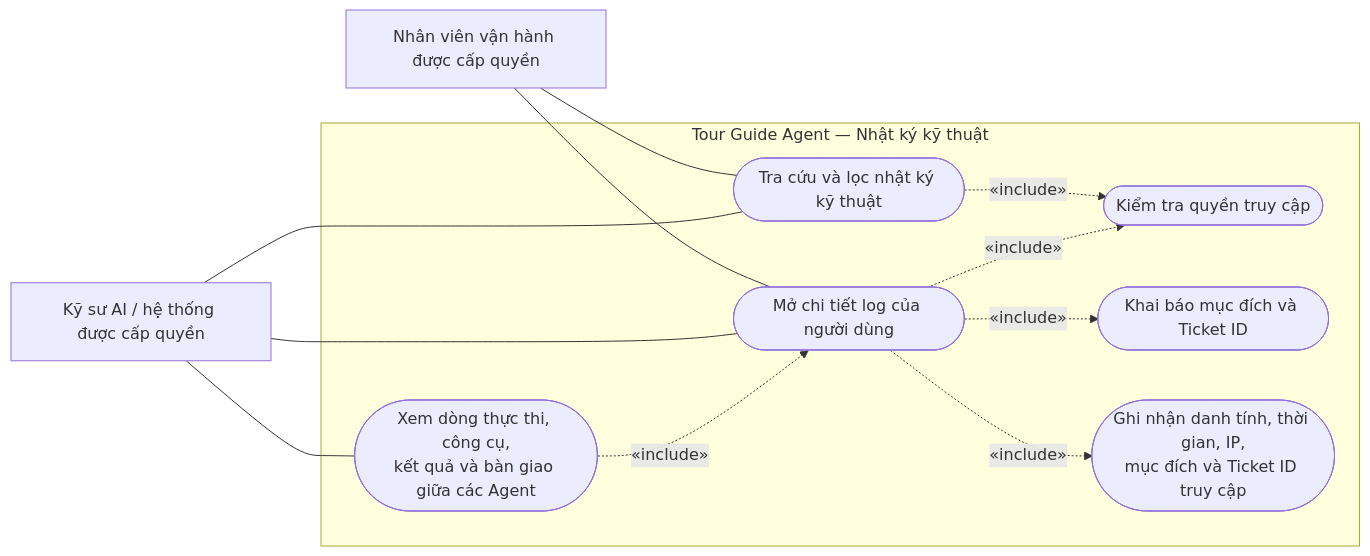
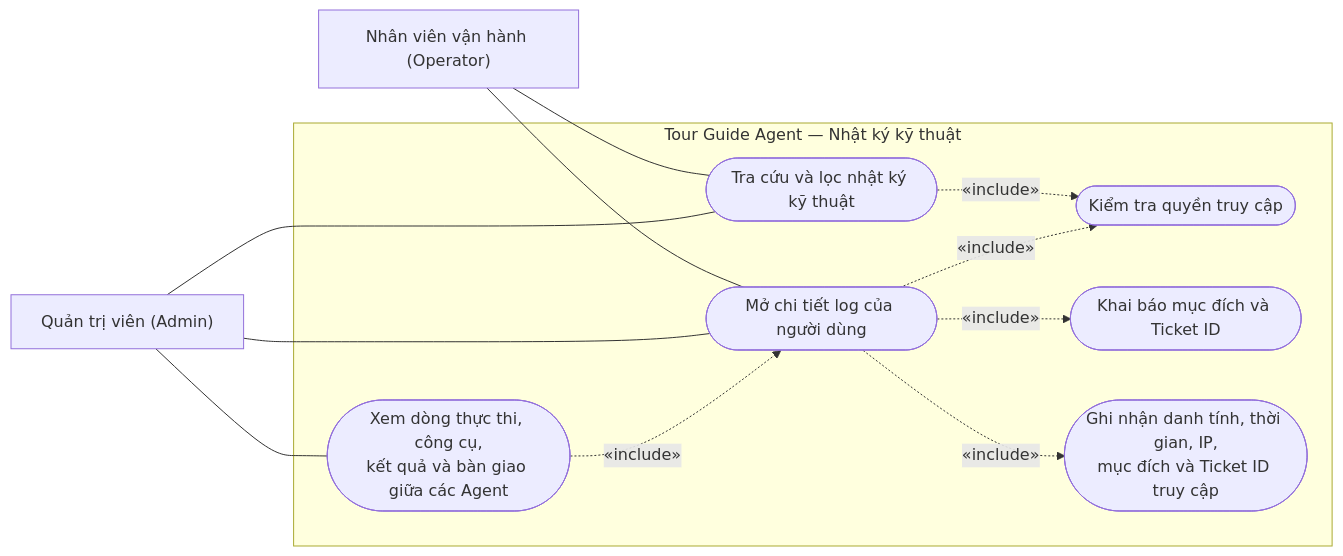
One commit to nguyenkhaan/tour-guide-agent changed diagram 13 of 15 in docs/documents/usecase.md. Above: the diagram before and after it, drawn with Mermaid. The commit also changed other lines of this file and 6 other files, not shown here.

````diff
--- a/docs/documents/usecase.md
+++ b/docs/documents/usecase.md
@@ -373,23 +373,23 @@
 ```mermaid
 flowchart LR
-    O["Nhân viên vận hành được cấp quyền"]
-    E["Kỹ sư AI / hệ thống được cấp quyền"]
+    O["Nhân viên vận hành (Operator)"]
+    AD["Quản trị viên (Admin)"]
     subgraph S["Tour Guide Agent — Nhật ký kỹ thuật"]
         A([Tra cứu và lọc nhật ký kỹ thuật])
         B([Mở chi tiết log của người dùng])
         C([Kiểm tra quyền truy cập])
         D([Khai báo mục đích và Ticket ID])
         F([Ghi nhận danh tính, thời gian, IP,<br/>mục đích và Ticket ID truy cập])
         G([Xem dòng thực thi, công cụ,<br/>kết quả và bàn giao giữa các Agent])
     end
     O --- A
     O --- B
-    E --- A
-    E --- B
-    E --- G
+    AD --- A
+    AD --- B
+    AD --- G
     A -.->|«include»| C
     B -.->|«include»| C
     B -.->|«include»| D
     B -.->|«include»| F
     G -.->|«include»| B
 ```
````
